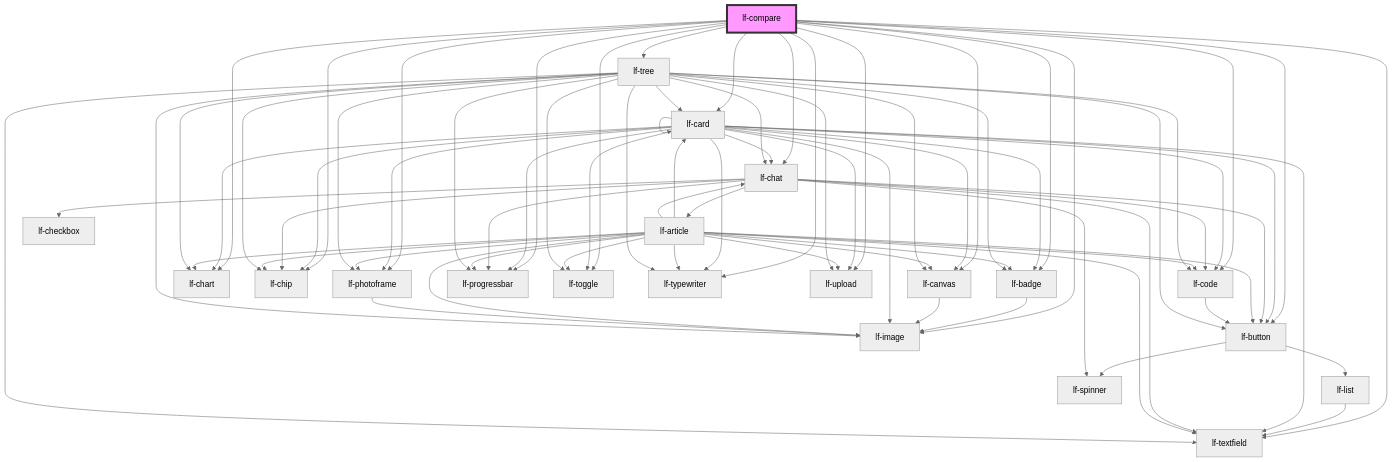
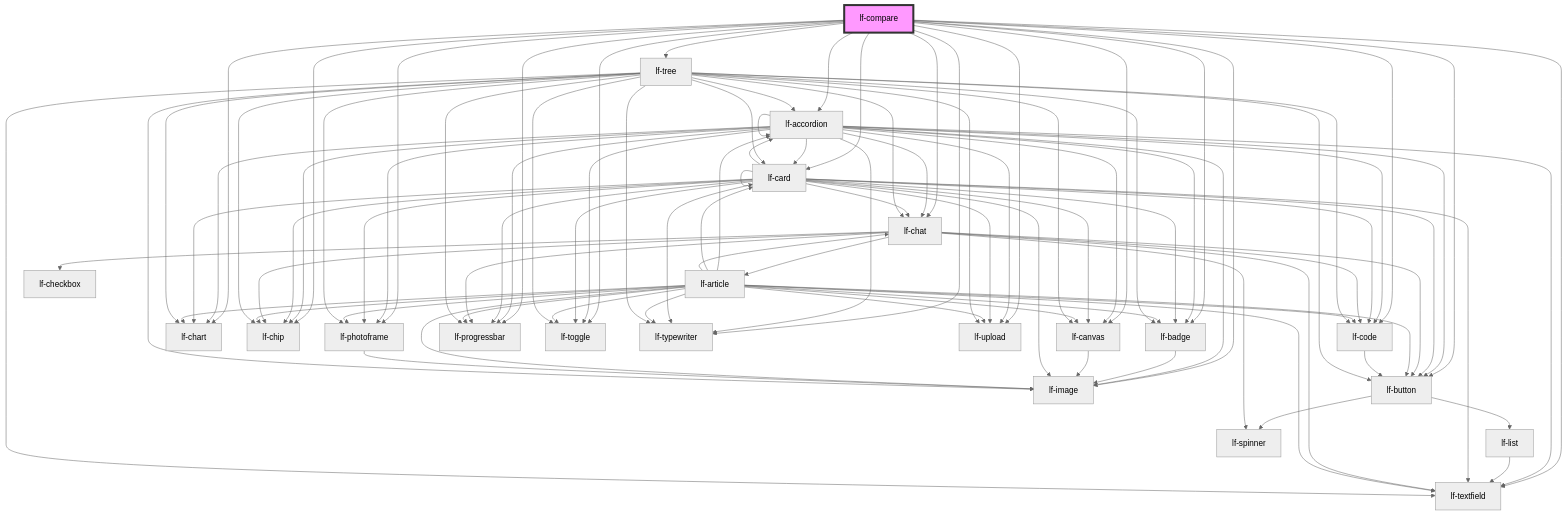
One commit to lucafoscili/lf-widgets changed the diagram in packages/core/src/components/lf-compare/readme.md. Above: the diagram before and after it, drawn with Mermaid (neutral theme). The commit also changed other lines of this file and 23 other files, not shown here.

````diff
--- a/packages/core/src/components/lf-compare/readme.md
+++ b/packages/core/src/components/lf-compare/readme.md
@@ -122,5 +123,6 @@
 ```mermaid
 graph TD;
+  lf-compare --> lf-accordion
   lf-compare --> lf-badge
   lf-compare --> lf-button
   lf-compare --> lf-canvas
@@ -137,11 +139,28 @@
   lf-compare --> lf-typewriter
   lf-compare --> lf-upload
   lf-compare --> lf-tree
+  lf-accordion --> lf-accordion
+  lf-accordion --> lf-badge
+  lf-accordion --> lf-button
+  lf-accordion --> lf-canvas
+  lf-accordion --> lf-card
+  lf-accordion --> lf-chart
+  lf-accordion --> lf-chat
+  lf-accordion --> lf-chip
+  lf-accordion --> lf-code
+  lf-accordion --> lf-image
+  lf-accordion --> lf-photoframe
+  lf-accordion --> lf-progressbar
+  lf-accordion --> lf-textfield
+  lf-accordion --> lf-toggle
+  lf-accordion --> lf-typewriter
+  lf-accordion --> lf-upload
   lf-badge --> lf-image
   lf-button --> lf-list
   lf-button --> lf-spinner
   lf-list --> lf-textfield
   lf-canvas --> lf-image
+  lf-card --> lf-accordion
   lf-card --> lf-badge
   lf-card --> lf-button
   lf-card --> lf-canvas
@@ -165,6 +184,7 @@
   lf-chat --> lf-progressbar
   lf-chat --> lf-code
   lf-chat --> lf-checkbox
+  lf-article --> lf-accordion
   lf-article --> lf-badge
   lf-article --> lf-button
   lf-article --> lf-canvas
@@ -183,6 +203,7 @@
   lf-code --> lf-button
   lf-photoframe --> lf-image
   lf-tree --> lf-textfield
+  lf-tree --> lf-accordion
   lf-tree --> lf-badge
   lf-tree --> lf-button
   lf-tree --> lf-canvas
````
